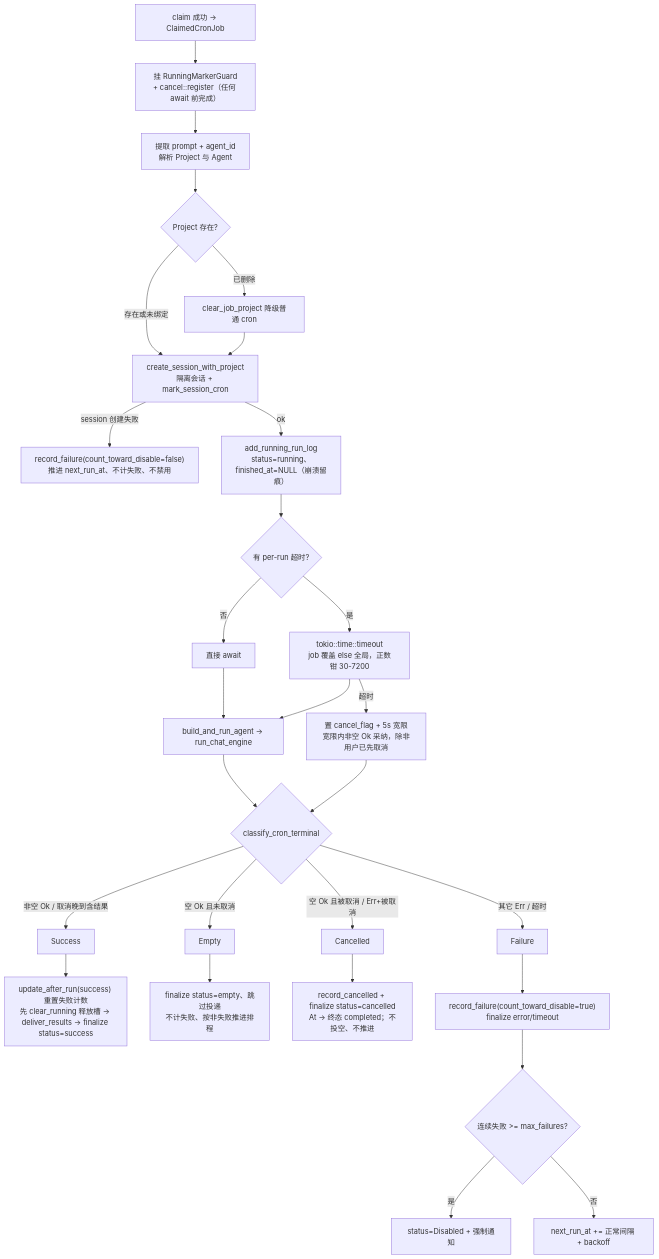
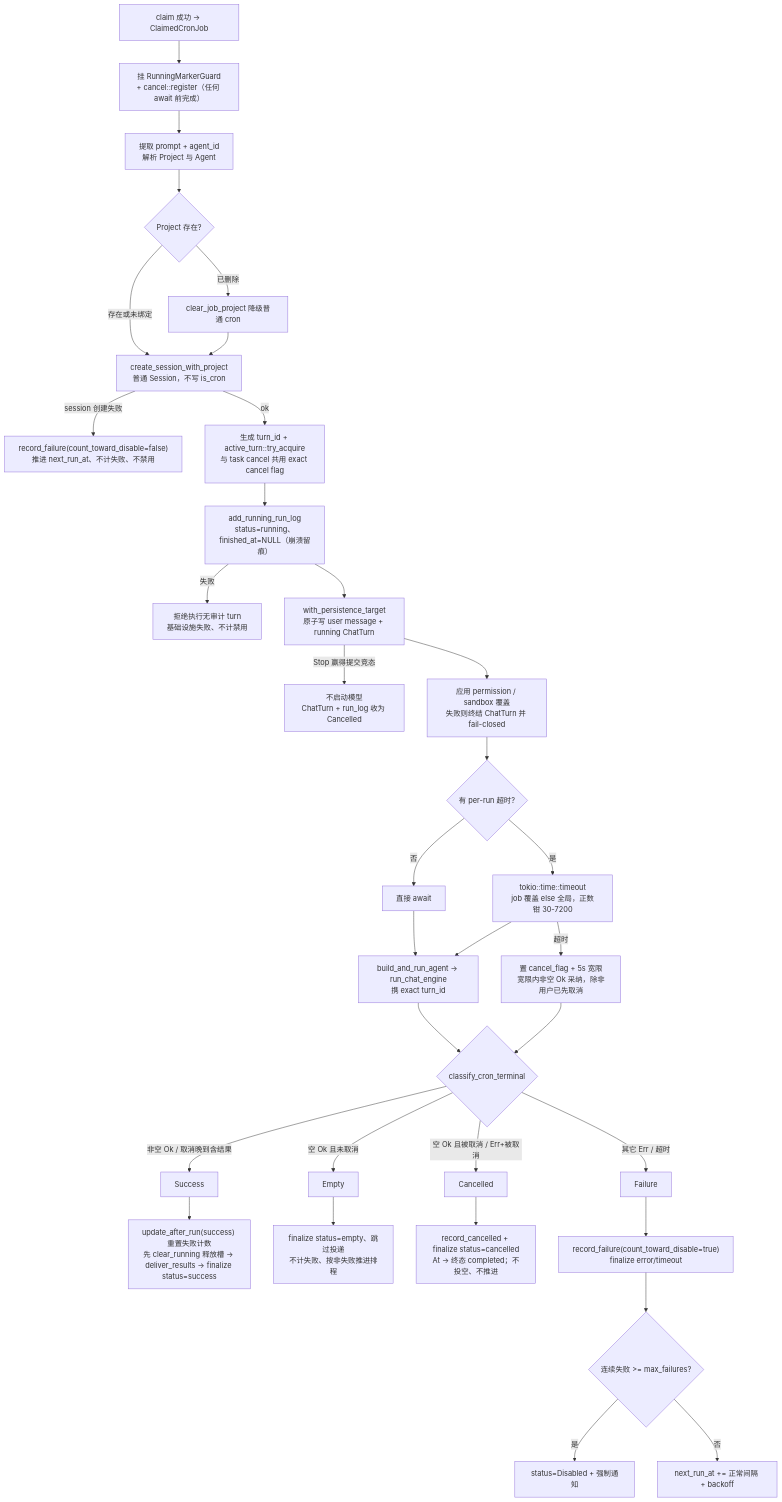
One commit to shiwenwen/hope-agent changed the fourth of 5 diagrams in docs/architecture/infra/cron.md. Above: the diagram before and after it, drawn with Mermaid. The commit also changed other lines of this file and 29 other files, not shown here.

Commit message:
feat(cron): run scheduled tasks as ordinary chats

````diff
--- a/docs/architecture/infra/cron.md
+++ b/docs/architecture/infra/cron.md
@@ -333,29 +333,34 @@
 ```mermaid
 flowchart TD
     A[claim 成功 → ClaimedCronJob] --> RG["挂 RunningMarkerGuard<br/>+ cancel::register（任何 await 前完成）"]
     RG --> C["提取 prompt + agent_id<br/>解析 Project 与 Agent"]
     C --> C2{Project 存在?}
-    C2 -->|存在或未绑定| D["create_session_with_project<br/>隔离会话 + mark_session_cron"]
+    C2 -->|存在或未绑定| D["create_session_with_project<br/>普通 Session，不写 is_cron"]
     C2 -->|已删除| C3["clear_job_project 降级普通 cron"] --> D
     D -->|session 创建失败| INF["record_failure(count_toward_disable=false)<br/>推进 next_run_at、不计失败、不禁用"]
-    D -->|ok| DR["add_running_run_log<br/>status=running、finished_at=NULL（崩溃留痕）"]
-    DR --> E{有 per-run 超时?}
+    D -->|ok| AT["生成 turn_id + active_turn::try_acquire<br/>与 task cancel 共用 exact cancel flag"]
+    AT --> DR["add_running_run_log<br/>status=running、finished_at=NULL（崩溃留痕）"]
+    DR -->|失败| INF2["拒绝执行无审计 turn<br/>基础设施失败、不计禁用"]
+    DR --> PC["with_persistence_target<br/>原子写 user message + running ChatTurn"]
+    PC -->|Stop 赢得提交竞态| CAN0["不启动模型<br/>ChatTurn + run_log 收为 Cancelled"]
+    PC --> PRE["应用 permission / sandbox 覆盖<br/>失败则终结 ChatTurn 并 fail-closed"]
+    PRE --> E{有 per-run 超时?}
     E -->|否| ER[直接 await]
     E -->|是| ET["tokio::time::timeout<br/>job 覆盖 else 全局，正数钳 30-7200"]
-    ER --> F[build_and_run_agent → run_chat_engine]
+    ER --> F["build_and_run_agent → run_chat_engine<br/>携 exact turn_id"]
     ET --> F
     F --> CT{classify_cron_terminal}
     ET -->|超时| TO["置 cancel_flag + 5s 宽限<br/>宽限内非空 Ok 采纳，除非用户已先取消"] --> CT
 
     CT -->|非空 Ok / 取消晚到含结果| SUC[Success]
     CT -->|空 Ok 且未取消| EMP[Empty]
     CT -->|空 Ok 且被取消 / Err+被取消| CAN[Cancelled]
     CT -->|其它 Err / 超时| FAIL[Failure]
 
     SUC --> S1["update_after_run(success) 重置失败计数<br/>先 clear_running 释放槽 → deliver_results → finalize status=success"]
     EMP --> EM1["finalize status=empty、跳过投递<br/>不计失败、按非失败推进排程"]
     CAN --> CN1["record_cancelled + finalize status=cancelled<br/>At → 终态 completed；不投空、不推进"]
     FAIL --> W["record_failure(count_toward_disable=true)<br/>finalize error/timeout"] --> Z{连续失败 >= max_failures?}
     Z -->|是| Z1["status=Disabled + 强制通知"]
     Z -->|否| Z2["next_run_at += 正常间隔 + backoff"]
 ```
````
